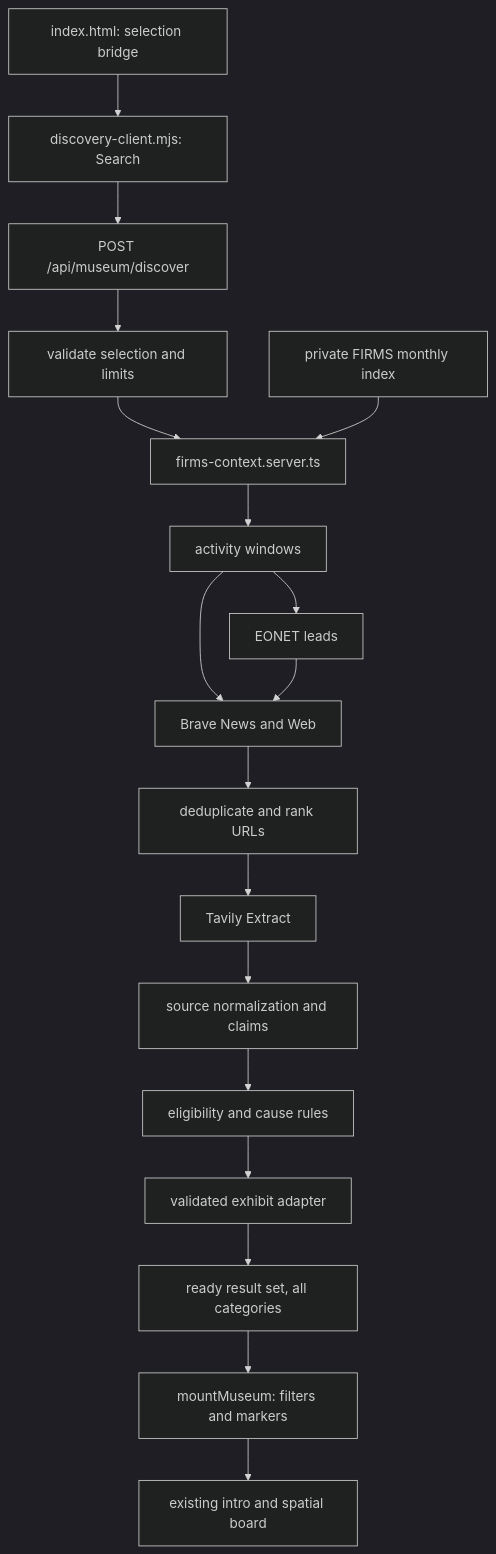
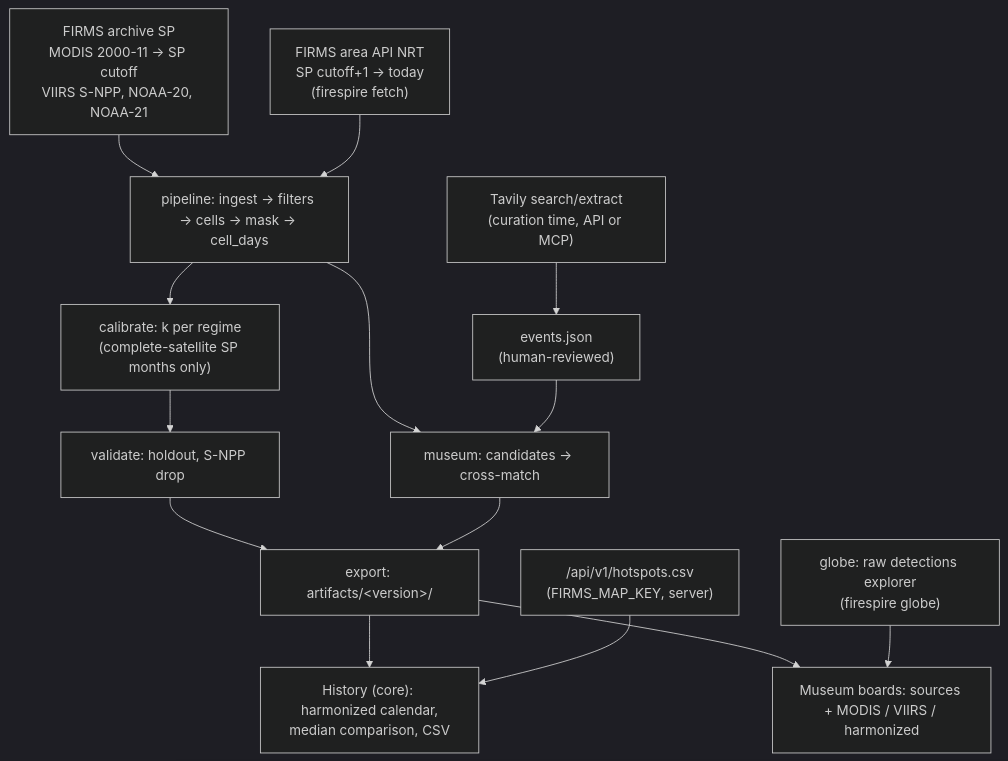
Before and after one commit to CampoLucas/Firespire: the diagram in docs/arquitechture-decitions/02_ARCHITECTURE_AND_ADRS.md, drawn with Mermaid (dark theme). The commit also changed other lines of this file and 10 other files, not shown here.

````diff
--- a/docs/arquitechture-decitions/02_ARCHITECTURE_AND_ADRS.md
+++ b/docs/arquitechture-decitions/02_ARCHITECTURE_AND_ADRS.md
@@ -13,20 +21,16 @@
 ```mermaid
 flowchart TD
-  A["index.html: selection bridge"] --> B["discovery-client.mjs: Search"]
-  B --> C["POST /api/museum/discover"]
-  C --> D["validate selection and limits"]
-  D --> E["firms-context.server.ts"]
-  F["private FIRMS monthly index"] --> E
-  E --> G["activity windows"]
-  G --> H["EONET leads"]
-  G --> I["Brave News and Web"]
-  H --> I
-  I --> J["deduplicate and rank URLs"]
-  J --> K["Tavily Extract"]
-  K --> L["source normalization and claims"]
-  L --> M["eligibility and cause rules"]
-  M --> N["validated exhibit adapter"]
-  N --> O["ready result set, all categories"]
-  O --> P["mountMuseum: filters and markers"]
-  P --> Q["existing intro and spatial board"]
+  A["FIRMS archive SP<br/>MODIS 2000-11 → SP cutoff<br/>VIIRS S-NPP, NOAA-20, NOAA-21"] --> C
+  B["FIRMS area API NRT<br/>SP cutoff+1 → today<br/>(firespire fetch)"] --> C
+  C["pipeline: ingest → filters → cells → mask → cell_days"] --> D["calibrate: k per regime<br/>(complete-satellite SP months only)"]
+  D --> E["validate: holdout, S-NPP drop"]
+  C --> M["museum: candidates → cross-match"]
+  T["Tavily search/extract<br/>(curation time, API or MCP)"] --> R["events.json<br/>(human-reviewed)"]
+  R --> M
+  E --> F["export: artifacts/&lt;version&gt;/"]
+  M --> F
+  F --> G["History (core): harmonized calendar,<br/>median comparison, CSV"]
+  F --> H["Museum boards: sources + MODIS / VIIRS / harmonized"]
+  I["/api/v1/hotspots.csv<br/>(FIRMS_MAP_KEY, server)"] --> G
+  J["globe: raw detections explorer<br/>(firespire globe)"] --> H
 ```
````
